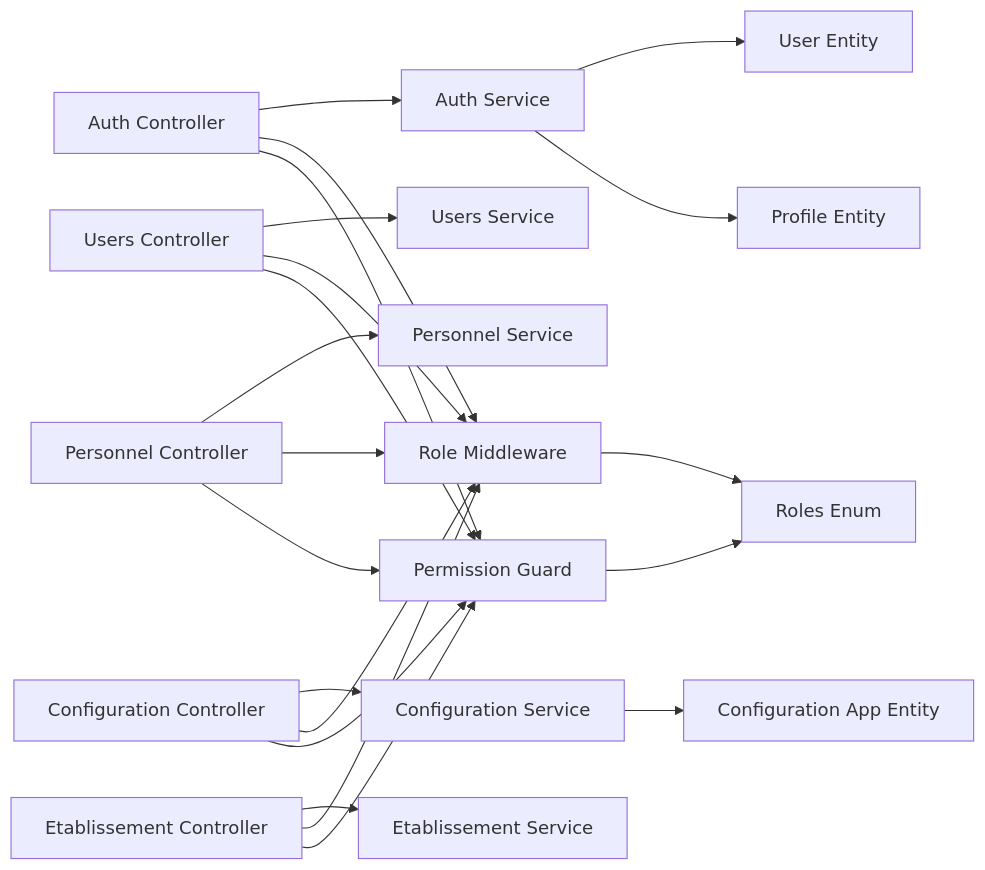
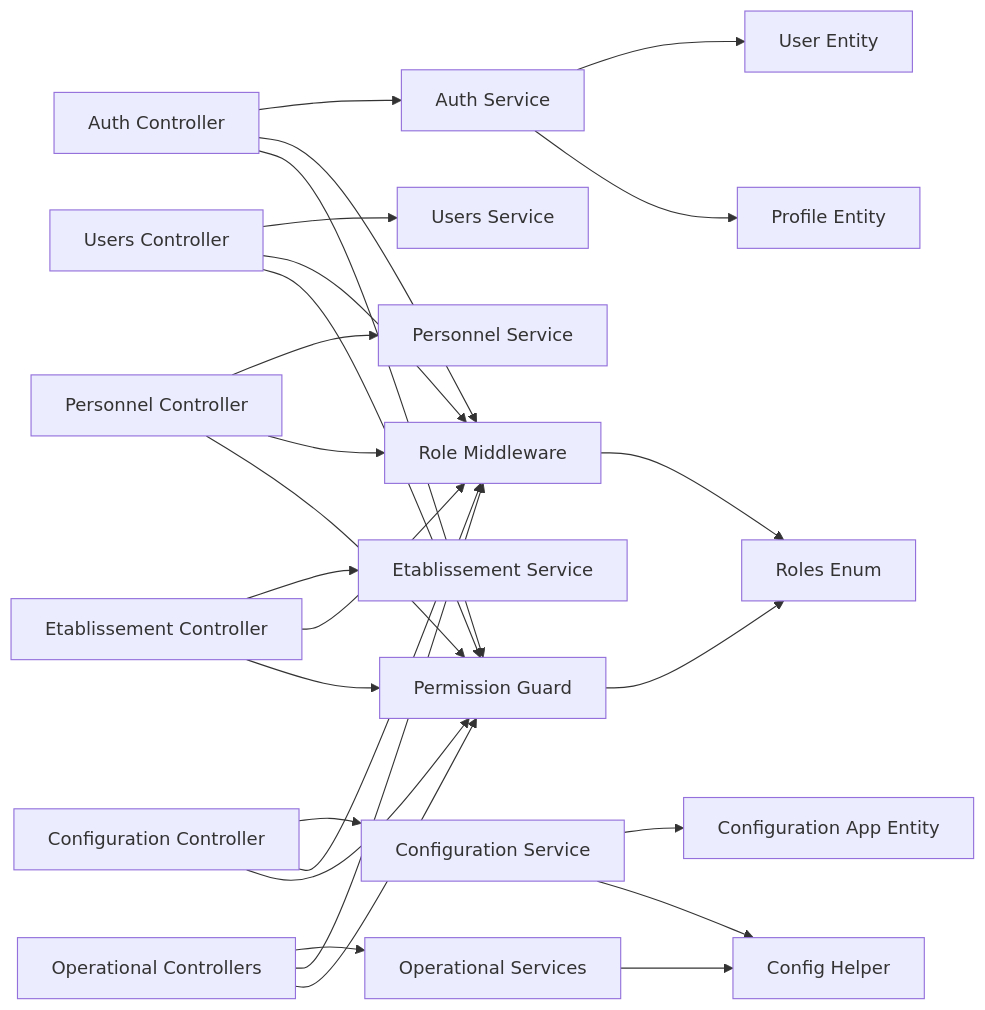
Before and after one commit to franckylab/eLISAschool: diagram 11 of 11 in .qoder/repowiki/en/content/Modules & Features/Administrative Modules/Administrative Modules.md, drawn with Mermaid. The commit also changed other lines of this file and 155 other files, not shown here.

````diff
--- a/.qoder/repowiki/en/content/Modules & Features/Administrative Modules/Administrative Modules.md
+++ b/.qoder/repowiki/en/content/Modules & Features/Administrative Modules/Administrative Modules.md
@@ -452,23 +568,28 @@
 ```mermaid
 graph LR
 AC["Auth Controller"] --> AS["Auth Service"]
 CC["Configuration Controller"] --> CS["Configuration Service"]
 UC["Users Controller"] --> US["Users Service"]
 PC["Personnel Controller"] --> PS["Personnel Service"]
 EC["Etablissement Controller"] --> ES["Etablissement Service"]
+OperCtrl["Operational Controllers"] --> OS["Operational Services"]
 AS --> UE["User Entity"]
 AS --> PE["Profile Entity"]
 CS --> CA["Configuration App Entity"]
+CS --> CH["Config Helper"]
+OS --> CH
 AC --> RM["Role Middleware"]
 AC --> PG["Permission Guard"]
 CC --> RM
 CC --> PG
 UC --> RM
 UC --> PG
 PC --> RM
 PC --> PG
 EC --> RM
 EC --> PG
+OperCtrl --> RM
+OperCtrl --> PG
 RM --> RE["Roles Enum"]
 PG --> RE
 ```
````
